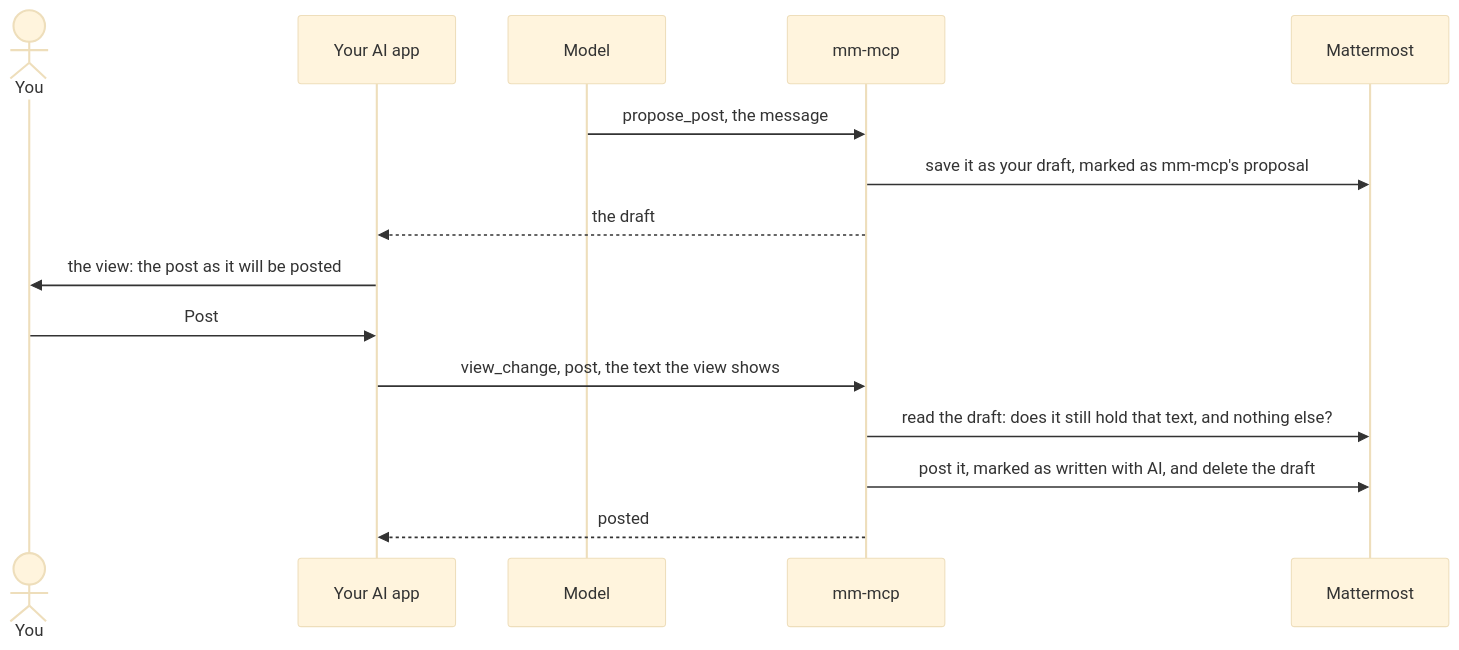
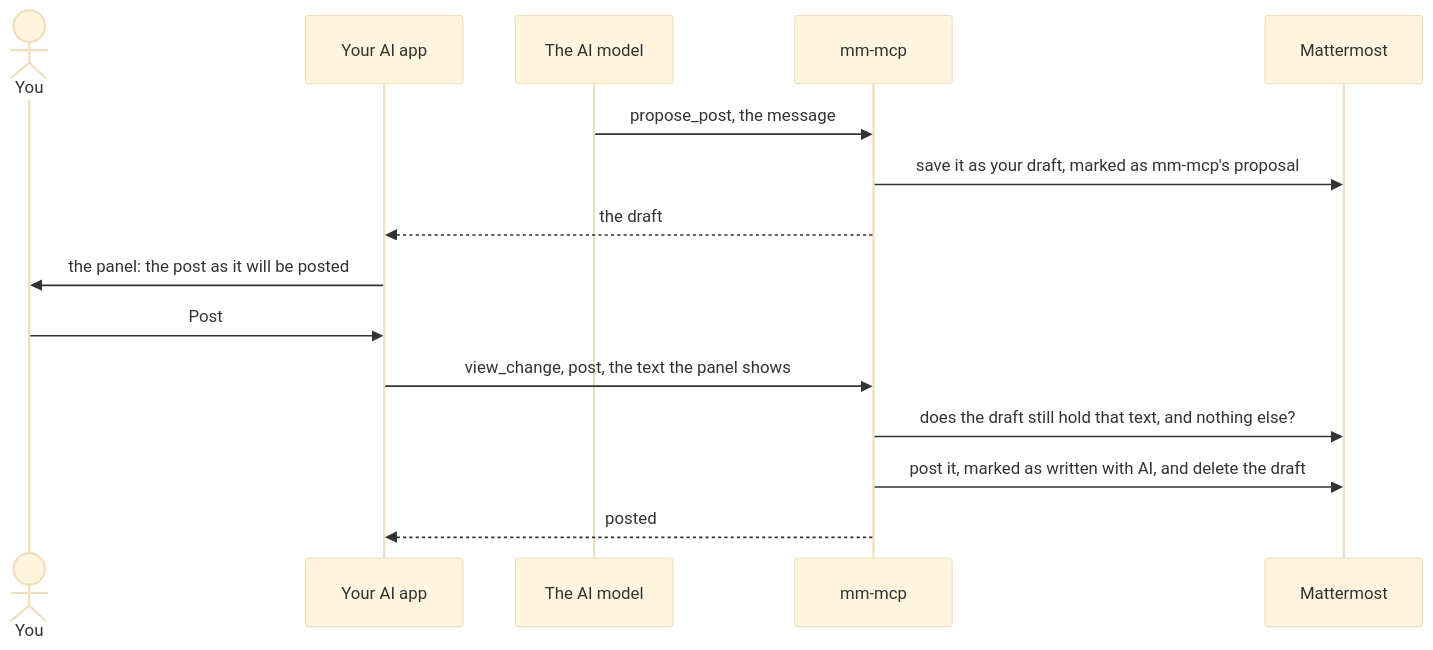
One commit to vriesdemichael/mm-mcp changed the diagram in docs/site/views.md. Above: the diagram before and after it, drawn with Mermaid (base theme). The commit also changed other lines of this file and 20 other files, not shown here.

````diff
--- a/docs/site/views.md
+++ b/docs/site/views.md
@@ -127,17 +183,17 @@
-```mermaid
-sequenceDiagram
-    actor You
-    participant App as Your AI app
-    participant Model
-    participant mm as mm-mcp
-    participant MM as Mattermost
-    Model->>mm: propose_post, the message
-    mm->>MM: save it as your draft, marked as mm-mcp's proposal
-    mm-->>App: the draft
-    App->>You: the view: the post as it will be posted
-    You->>App: Post
-    App->>mm: view_change, post, the text the view shows
-    mm->>MM: read the draft: does it still hold that text, and nothing else?
-    mm->>MM: post it, marked as written with AI, and delete the draft
-    mm-->>App: posted
-```
+    ```mermaid
+    sequenceDiagram
+        actor You
+        participant App as Your AI app
+        participant Model as The AI model
+        participant mm as mm-mcp
+        participant MM as Mattermost
+        Model->>mm: propose_post, the message
+        mm->>MM: save it as your draft, marked as mm-mcp's proposal
+        mm-->>App: the draft
+        App->>You: the panel: the post as it will be posted
+        You->>App: Post
+        App->>mm: view_change, post, the text the panel shows
+        mm->>MM: does the draft still hold that text, and nothing else?
+        mm->>MM: post it, marked as written with AI, and delete the draft
+        mm-->>App: posted
+    ```
````
